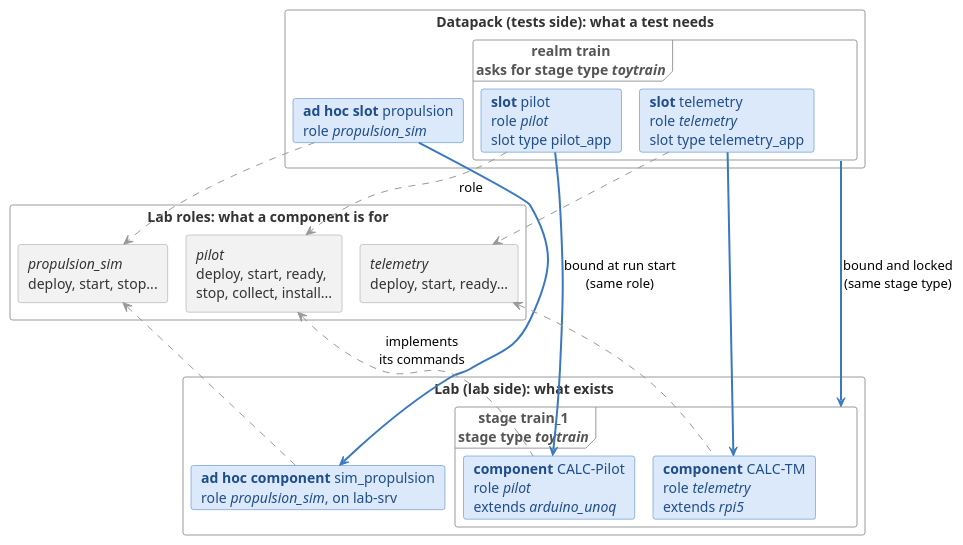
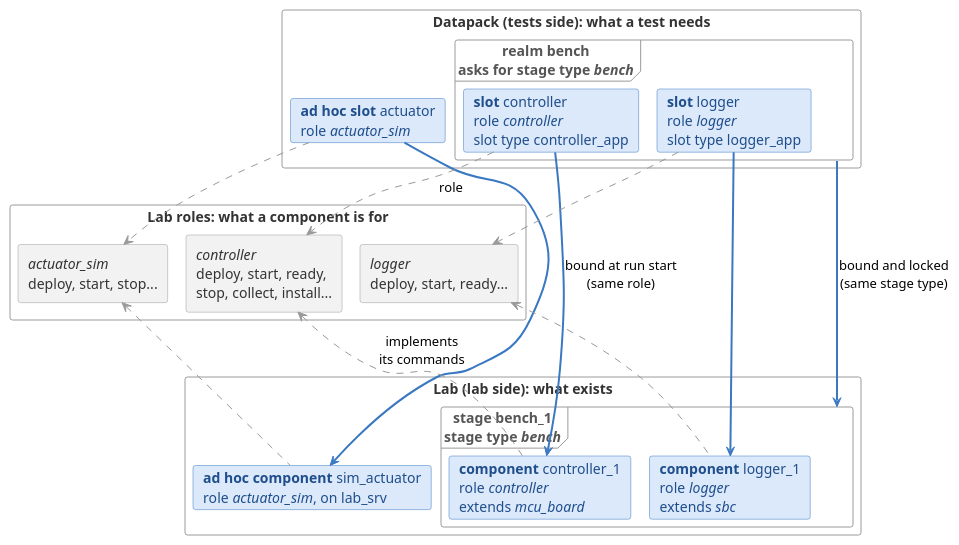
Before and after one commit to laurentmldev/testsuit: the diagram in docs/diagrams/concepts.puml, drawn with PlantUML. The commit also changed 3 other files, not shown here.

First line of the commit message:
Use neutral sample names in the sequencer spec, cheat sheet in annex

```diff
--- a/docs/diagrams/concepts.puml
+++ b/docs/diagrams/concepts.puml
@@ -1,53 +1,53 @@
 @startuml concepts
 !pragma layout smetana
 skinparam shadowing false
 skinparam defaultFontName Helvetica
 skinparam ArrowColor #555555
 skinparam rectangle {
   BorderColor #9A9A9A
   FontColor #333333
 }
 skinparam card {
   BorderColor #3A78C2
   BackgroundColor #DCE9FA
   FontColor #1F4E8C
 }
 skinparam frame {
   BorderColor #9A9A9A
   FontColor #555555
 }
 
 rectangle "**Datapack** (tests side): what a test needs" as dp #FFFFFF {
-  frame "**realm** train\nasks for stage type //toytrain//" as realm {
-    card "**slot** pilot\nrole //pilot//\nslot type pilot_app" as s_pilot
-    card "**slot** telemetry\nrole //telemetry//\nslot type telemetry_app" as s_tm
+  frame "**realm** bench\nasks for stage type //bench//" as realm {
+    card "**slot** controller\nrole //controller//\nslot type controller_app" as s_pilot
+    card "**slot** logger\nrole //logger//\nslot type logger_app" as s_tm
   }
-  card "**ad hoc slot** propulsion\nrole //propulsion_sim//" as s_prop
+  card "**ad hoc slot** actuator\nrole //actuator_sim//" as s_prop
 }
 
 rectangle "**Lab roles**: what a component is for" as roles #FFFFFF {
-  rectangle "//pilot//\ndeploy, start, ready,\nstop, collect, install..." as r_pilot #F2F2F2
-  rectangle "//telemetry//\ndeploy, start, ready..." as r_tm #F2F2F2
-  rectangle "//propulsion_sim//\ndeploy, start, stop..." as r_prop #F2F2F2
+  rectangle "//controller//\ndeploy, start, ready,\nstop, collect, install..." as r_pilot #F2F2F2
+  rectangle "//logger//\ndeploy, start, ready..." as r_tm #F2F2F2
+  rectangle "//actuator_sim//\ndeploy, start, stop..." as r_prop #F2F2F2
 }
 
 rectangle "**Lab** (lab side): what exists" as lab #FFFFFF {
-  frame "**stage** train_1\nstage type //toytrain//" as stage {
-    card "**component** CALC-Pilot\nrole //pilot//\nextends //arduino_unoq//" as c_pilot
-    card "**component** CALC-TM\nrole //telemetry//\nextends //rpi5//" as c_tm
+  frame "**stage** bench_1\nstage type //bench//" as stage {
+    card "**component** controller_1\nrole //controller//\nextends //mcu_board//" as c_pilot
+    card "**component** logger_1\nrole //logger//\nextends //sbc//" as c_tm
   }
-  card "**ad hoc component** sim_propulsion\nrole //propulsion_sim//, on lab-srv" as c_prop
+  card "**ad hoc component** sim_actuator\nrole //actuator_sim//, on lab_srv" as c_prop
 }
 
 s_pilot -[#3A78C2,bold]-> c_pilot : bound at run start\n(same role)
 s_tm -[#3A78C2,bold]-> c_tm
 s_prop -[#3A78C2,bold]-> c_prop
 realm .[#3A78C2,bold].> stage : bound and locked\n(same stage type)
 
 s_pilot -[#999999,dashed]-> r_pilot : role
 r_pilot <-[#999999,dashed]- c_pilot : implements\nits commands
 s_tm -[#999999,dashed]-> r_tm
 r_tm <-[#999999,dashed]- c_tm
 s_prop -[#999999,dashed]-> r_prop
 r_prop <-[#999999,dashed]- c_prop
 @enduml
```
